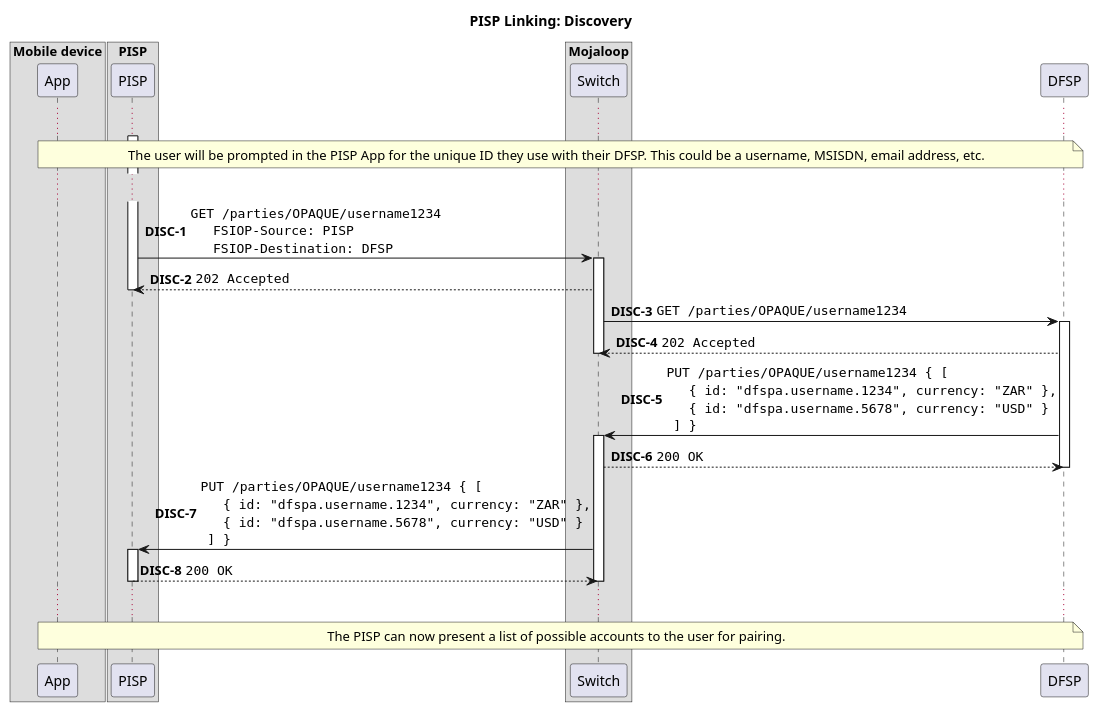
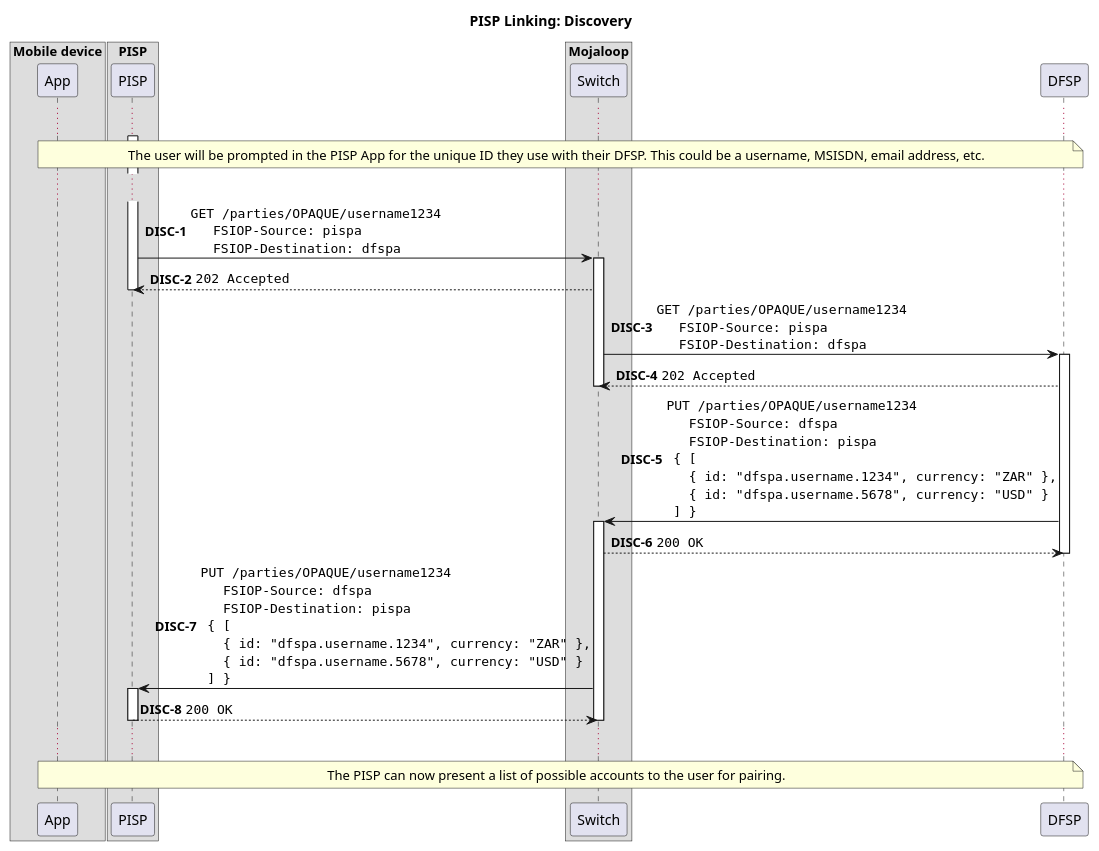
The diagram in docs/linking/1-discovery.puml (mojaloop/pisp-project), drawn with PlantUML before and after one commit. The commit also changed 9 other files, not shown here.

Commit message:
feat: update sequence diagrams to show correct headers

```diff
--- a/docs/linking/1-discovery.puml
+++ b/docs/linking/1-discovery.puml
@@ -1,61 +1,69 @@
 @startuml
 
 title PISP Linking: Discovery
 
 box "Mobile device"
     participant App
 end box
 
 box "PISP"
     participant PISP
 end box
 
 box "Mojaloop"
     participant Switch
 end box
 
 participant DFSP
 
 autonumber 1 "<b>DISC-#</b>"
 activate PISP
 
 ...
 
 note over App, DFSP
   The user will be prompted in the PISP App for the unique ID they use with their DFSP. This could be a username, MSISDN, email address, etc.
 end note
 
 ...
 
 PISP -> Switch ++: ""GET /parties/OPAQUE/username1234""\n\
-  ""  FSIOP-Source: PISP""\n\
-  ""  FSIOP-Destination: DFSP""
+  ""  FSIOP-Source: pispa""\n\
+  ""  FSIOP-Destination: dfspa""
 Switch --> PISP: ""202 Accepted""
 deactivate PISP
 
-Switch -> DFSP ++: ""GET /parties/OPAQUE/username1234""
+Switch -> DFSP ++: ""GET /parties/OPAQUE/username1234""\n\
+  ""  FSIOP-Source: pispa""\n\
+  ""  FSIOP-Destination: dfspa""
 DFSP --> Switch: ""202 Accepted""
 deactivate Switch
 
-DFSP -> Switch ++: ""PUT /parties/OPAQUE/username1234 { [""\n\
+DFSP -> Switch ++: ""PUT /parties/OPAQUE/username1234""\n\
+  ""  FSIOP-Source: dfspa""\n\
+  ""  FSIOP-Destination: pispa""\n\
+  ""{ [""\n\
   ""  { id: "dfspa.username.1234", currency: "ZAR" },""\n\
   ""  { id: "dfspa.username.5678", currency: "USD" }""\n\
   ""] }""
 Switch --> DFSP: ""200 OK""
 deactivate DFSP
 
-Switch -> PISP ++: ""PUT /parties/OPAQUE/username1234 { [""\n\
+Switch -> PISP ++: ""PUT /parties/OPAQUE/username1234""\n\
+  ""  FSIOP-Source: dfspa""\n\
+  ""  FSIOP-Destination: pispa""\n\
+  ""{ [""\n\
   ""  { id: "dfspa.username.1234", currency: "ZAR" },""\n\
   ""  { id: "dfspa.username.5678", currency: "USD" }""\n\
   ""] }""
 PISP --> Switch: ""200 OK""
 deactivate Switch
 deactivate PISP
 
 ...
 
 note over App, DFSP
   The PISP can now present a list of possible accounts to the user for pairing.
 end note
 
 @enduml
```
